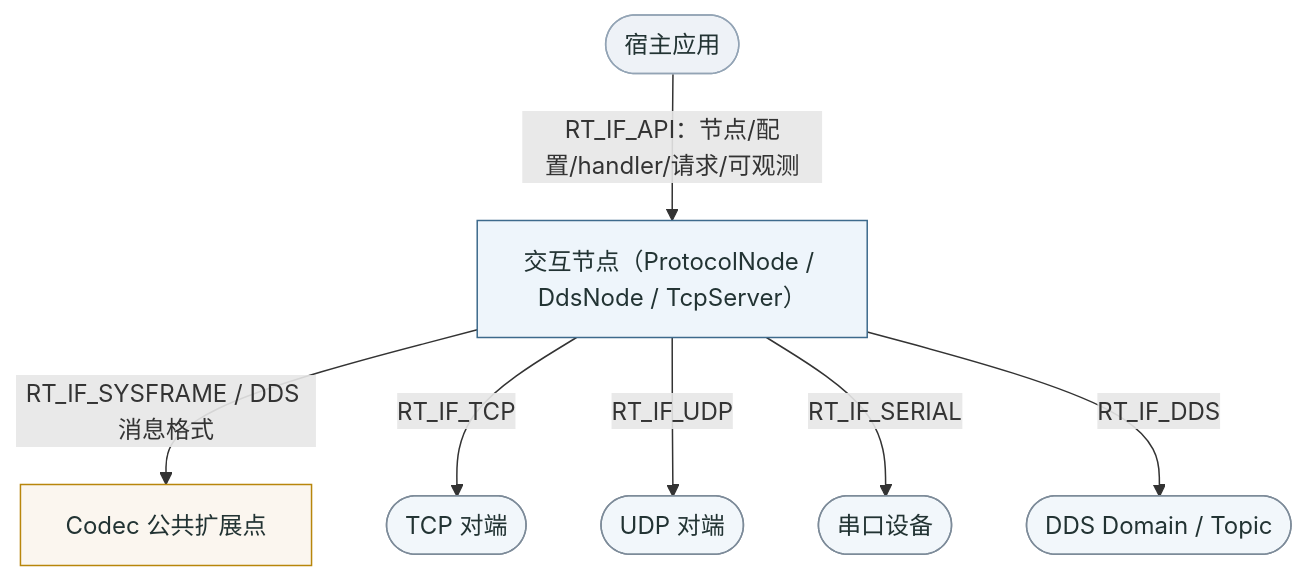
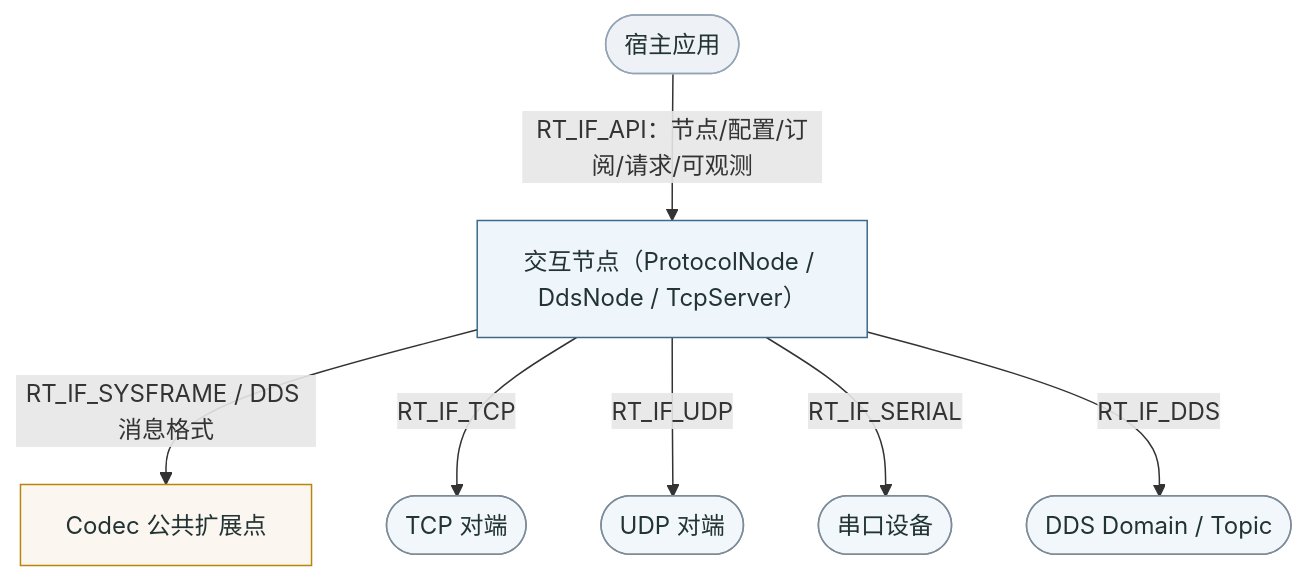
Before and after one commit to Ste7an-cs/Transport: the diagram in docs/diagrams/srs-interface.mmd, drawn with Mermaid. The commit also changed 20 other files, not shown here.

First line of the commit message:
docs(sdd): 同步 handler 通道废止(ADR-0009),十张图重绘并重渲染

```diff
--- a/docs/diagrams/srs-interface.mmd
+++ b/docs/diagrams/srs-interface.mmd
@@ -1,24 +1,24 @@
 flowchart TB
     APP([宿主应用])
     NODE["交互节点（ProtocolNode / DdsNode / TcpServer）"]
     CODEC["Codec 公共扩展点"]
     TCP([TCP 对端])
     UDP([UDP 对端])
     SER([串口设备])
     DDS([DDS Domain / Topic])
 
-    APP -->|RT_IF_API：节点/配置/handler/请求/可观测| NODE
+    APP -->|RT_IF_API：节点/配置/订阅/请求/可观测| NODE
     NODE -->|RT_IF_SYSFRAME / DDS 消息格式| CODEC
     NODE -->|RT_IF_TCP| TCP
     NODE -->|RT_IF_UDP| UDP
     NODE -->|RT_IF_SERIAL| SER
     NODE -->|RT_IF_DDS| DDS
 
     classDef app fill:#eef2f7,stroke:#93a4b5,color:#233;
     classDef node fill:#eef5fb,stroke:#3d6a8c,color:#233;
     classDef codec fill:#fbf6ef,stroke:#b8860b,color:#233;
     classDef ext fill:#f2f7fb,stroke:#7d8b99,color:#233;
     class APP app;
     class NODE node;
     class CODEC codec;
     class TCP,UDP,SER,DDS ext;
```
